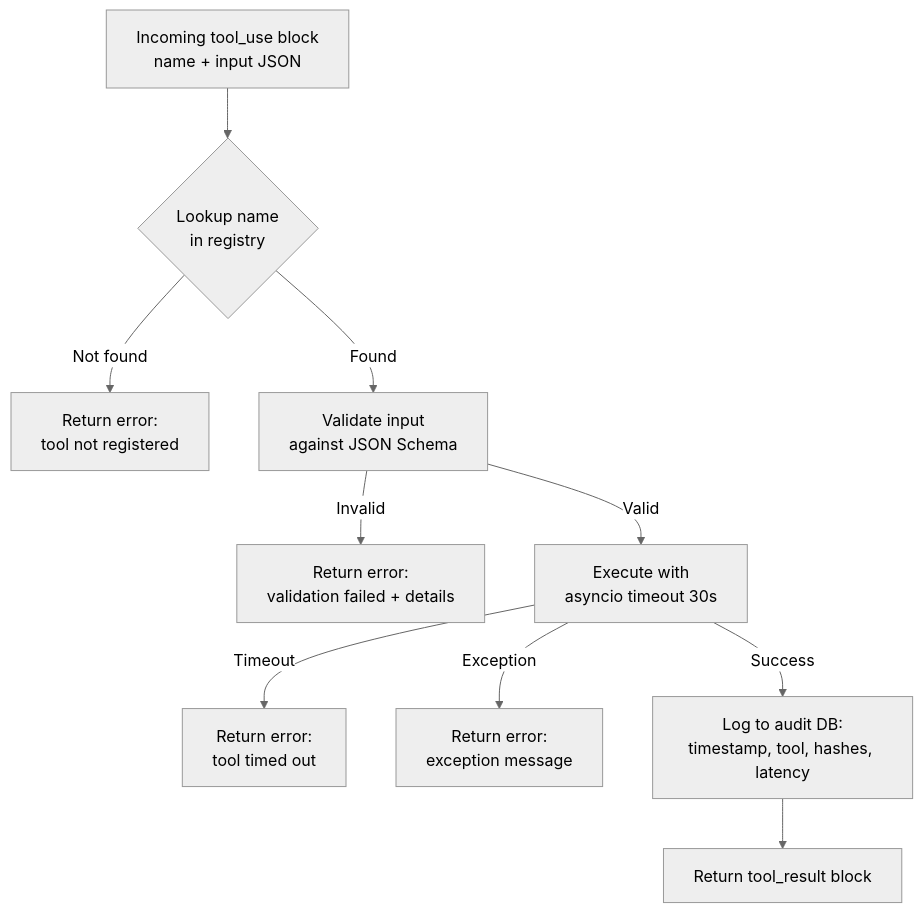
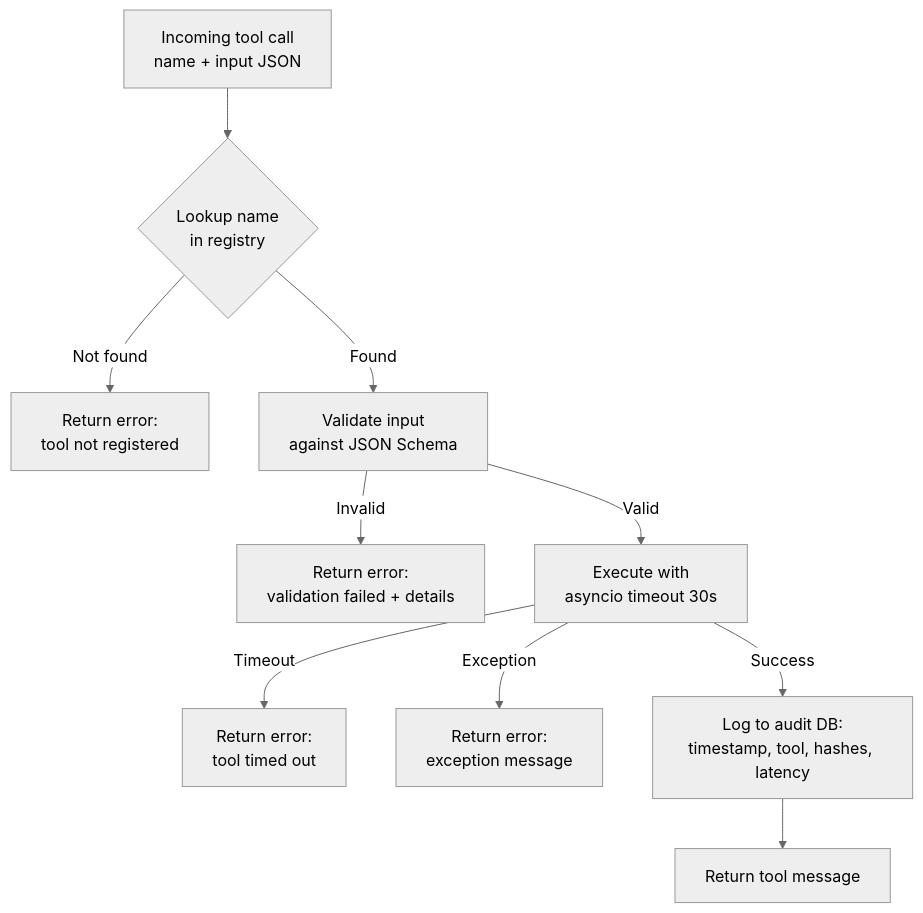
Before and after one commit to DevBuildStudio/mastering-ai-course: the second of 2 diagrams in course2/week1-tool-use.md, drawn with Mermaid (neutral theme). The commit also changed other lines of this file and 35 other files, not shown here.

````diff
--- a/course2/week1-tool-use.md
+++ b/course2/week1-tool-use.md
@@ -272,12 +282,12 @@
 ```mermaid
 flowchart TD
-    A[Incoming tool_use block\nname + input JSON] --> B{Lookup name\nin registry}
+    A[Incoming tool call\nname + input JSON] --> B{Lookup name\nin registry}
     B -- Not found --> C[Return error:\ntool not registered]
     B -- Found --> D[Validate input\nagainst JSON Schema]
     D -- Invalid --> E[Return error:\nvalidation failed + details]
     D -- Valid --> F[Execute with\nasyncio timeout 30s]
     F -- Timeout --> G[Return error:\ntool timed out]
     F -- Exception --> H[Return error:\nexception message]
     F -- Success --> I[Log to audit DB:\ntimestamp, tool, hashes, latency]
-    I --> J[Return tool_result block]
+    I --> J[Return tool message]
 ```
````
